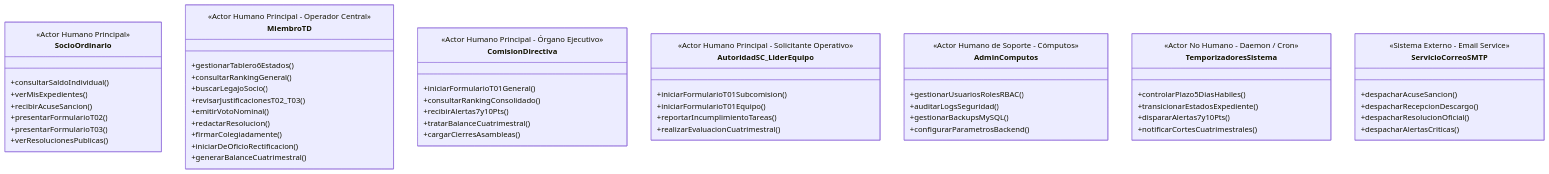
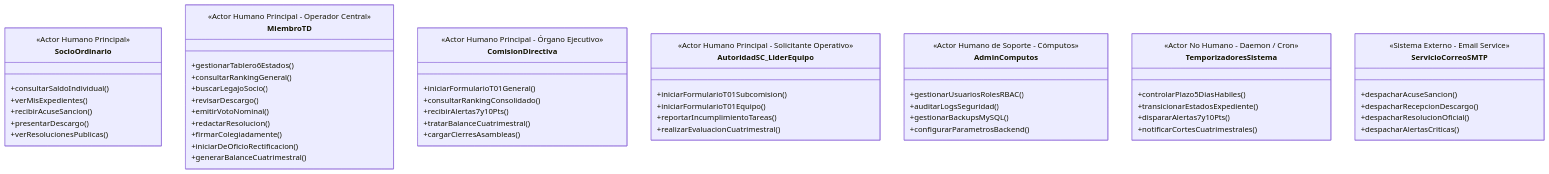
One commit to MartinG94/seminario-integrador changed the diagram in docs/analisis-proceso-actual/ACTORES_DEL_SISTEMA_SGD_AVEIT.md. Above: the diagram before and after it, drawn with Mermaid. The commit also changed other lines of this file and 12 other files, not shown here.

````diff
--- a/docs/analisis-proceso-actual/ACTORES_DEL_SISTEMA_SGD_AVEIT.md
+++ b/docs/analisis-proceso-actual/ACTORES_DEL_SISTEMA_SGD_AVEIT.md
@@ -45,68 +45,67 @@
 ```mermaid
 classDiagram
     direction TB
 
     class SocioOrdinario {
         <<Actor Humano Principal>>
         +consultarSaldoIndividual()
         +verMisExpedientes()
         +recibirAcuseSancion()
-        +presentarFormularioT02()
-        +presentarFormularioT03()
+        +presentarDescargo()
         +verResolucionesPublicas()
     }
 
     class MiembroTD {
         <<Actor Humano Principal - Operador Central>>
         +gestionarTablero6Estados()
         +consultarRankingGeneral()
         +buscarLegajoSocio()
-        +revisarJustificacionesT02_T03()
+        +revisarDescargo()
         +emitirVotoNominal()
         +redactarResolucion()
         +firmarColegiadamente()
         +iniciarDeOficioRectificacion()
         +generarBalanceCuatrimestral()
     }
 
     class ComisionDirectiva {
         <<Actor Humano Principal - Órgano Ejecutivo>>
         +iniciarFormularioT01General()
         +consultarRankingConsolidado()
         +recibirAlertas7y10Pts()
         +tratarBalanceCuatrimestral()
         +cargarCierresAsambleas()
     }
 
     class AutoridadSC_LiderEquipo {
         <<Actor Humano Principal - Solicitante Operativo>>
         +iniciarFormularioT01Subcomision()
         +iniciarFormularioT01Equipo()
         +reportarIncumplimientoTareas()
         +realizarEvaluacionCuatrimestral()
     }
 
     class AdminComputos {
         <<Actor Humano de Soporte - Cómputos>>
         +gestionarUsuariosRolesRBAC()
         +auditarLogsSeguridad()
         +gestionarBackupsMySQL()
         +configurarParametrosBackend()
     }
 
     class TemporizadoresSistema {
         <<Actor No Humano - Daemon / Cron>>
         +controlarPlazo5DiasHabiles()
         +transicionarEstadosExpediente()
         +dispararAlertas7y10Pts()
         +notificarCortesCuatrimestrales()
     }
 
     class ServicioCorreoSMTP {
         <<Sistema Externo - Email Service>>
         +despacharAcuseSancion()
         +despacharRecepcionDescargo()
         +despacharResolucionOficial()
         +despacharAlertasCriticas()
     }
 ```
````
